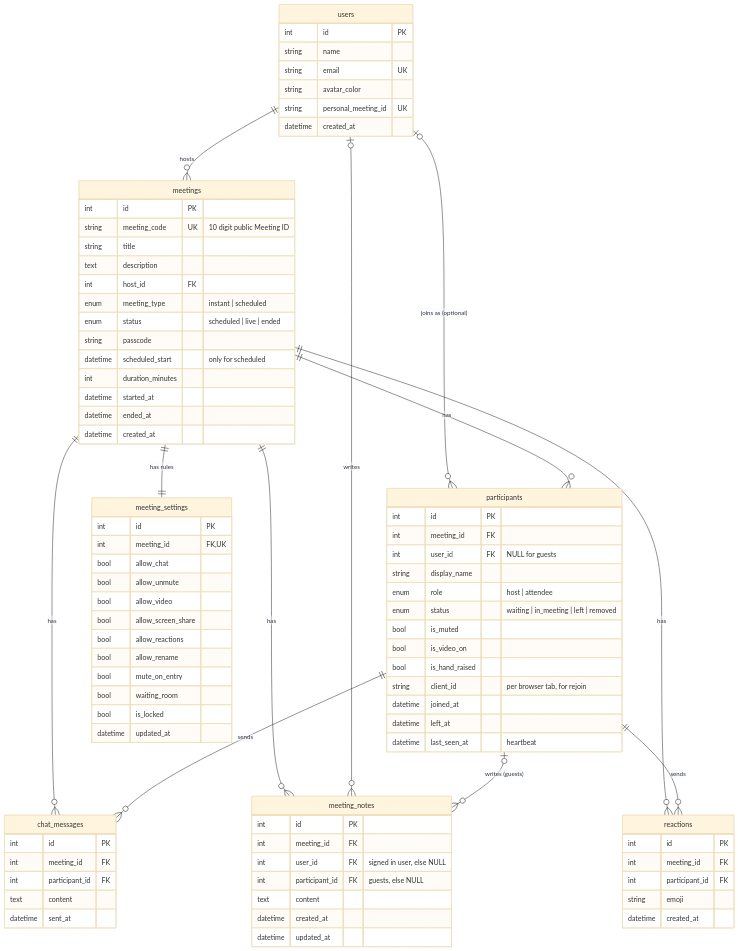
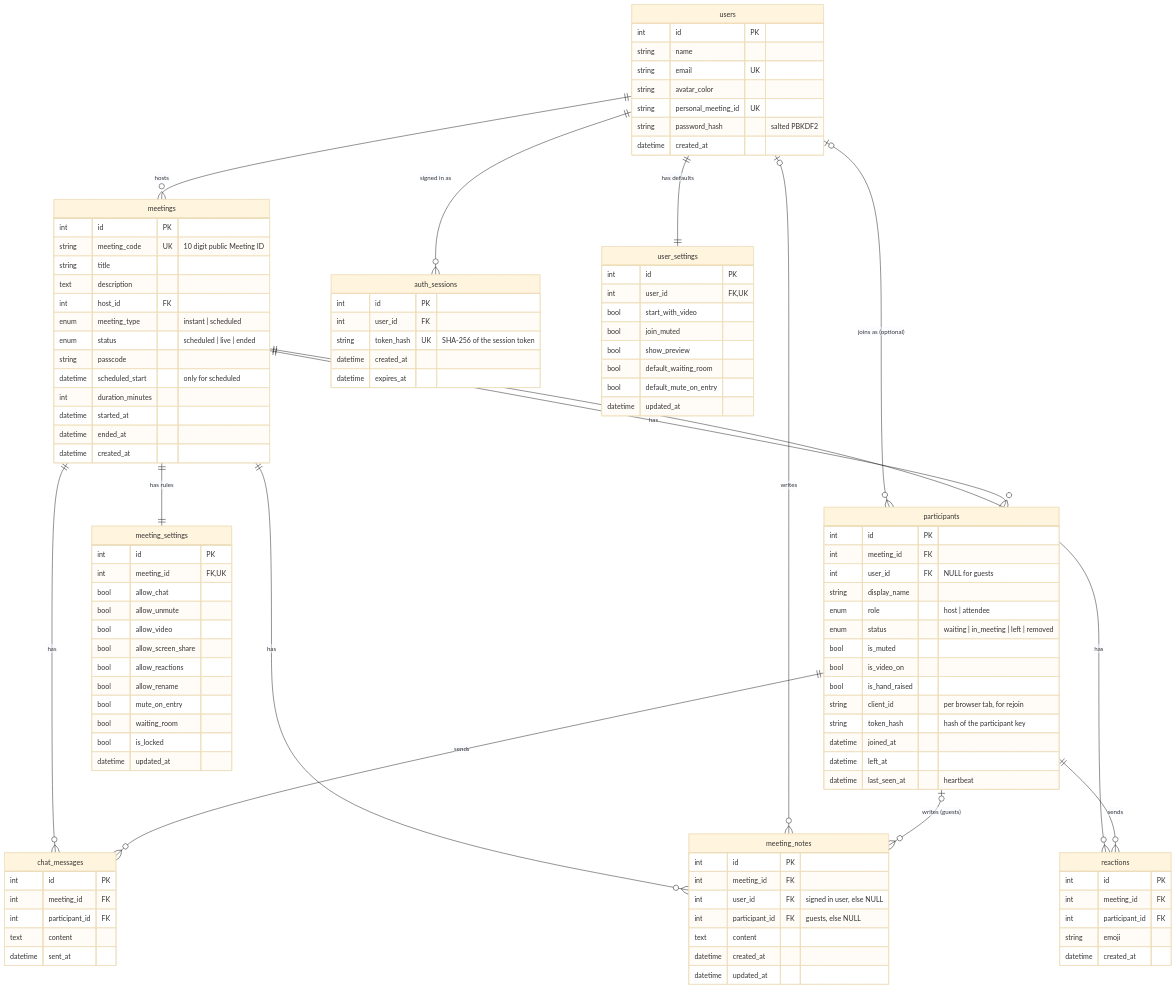
One commit to KrishRally/ScalerAI_zoom_clone changed the diagram in README.md. Above: the diagram before and after it, drawn with Mermaid (base theme). The commit also changed other lines of this file and 28 other files, not shown here.

````diff
--- a/README.md
+++ b/README.md
@@ -68,6 +80,8 @@
 ```mermaid
 erDiagram
     users ||--o{ meetings : hosts
+    users ||--o{ auth_sessions : "signed in as"
+    users ||--|| user_settings : "has defaults"
     users |o--o{ participants : "joins as (optional)"
     meetings ||--o{ participants : has
     meetings ||--o{ chat_messages : has
@@ -85,6 +99,7 @@
         string email UK
         string avatar_color
         string personal_meeting_id UK
+        string password_hash "salted PBKDF2"
         datetime created_at
     }
     meetings {
@@ -113,6 +128,7 @@
         bool is_video_on
         bool is_hand_raised
         string client_id "per browser tab, for rejoin"
+        string token_hash "hash of the participant key"
         datetime joined_at
         datetime left_at
         datetime last_seen_at "heartbeat"
@@ -147,6 +163,23 @@
         datetime created_at
         datetime updated_at
     }
+    auth_sessions {
+        int id PK
+        int user_id FK
+        string token_hash UK "SHA-256 of the session token"
+        datetime created_at
+        datetime expires_at
+    }
+    user_settings {
+        int id PK
+        int user_id FK,UK
+        bool start_with_video
+        bool join_muted
+        bool show_preview
+        bool default_waiting_room
+        bool default_mute_on_entry
+        datetime updated_at
+    }
     reactions {
         int id PK
         int meeting_id FK
````
